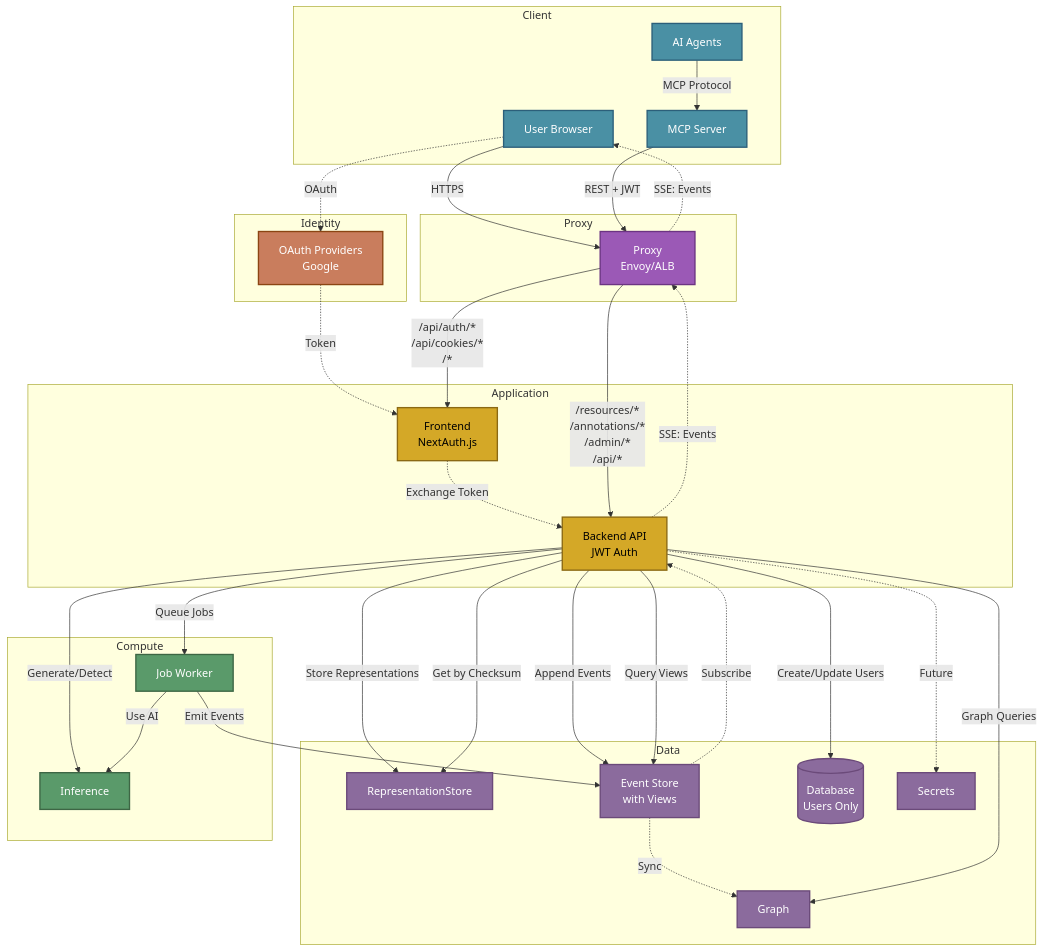
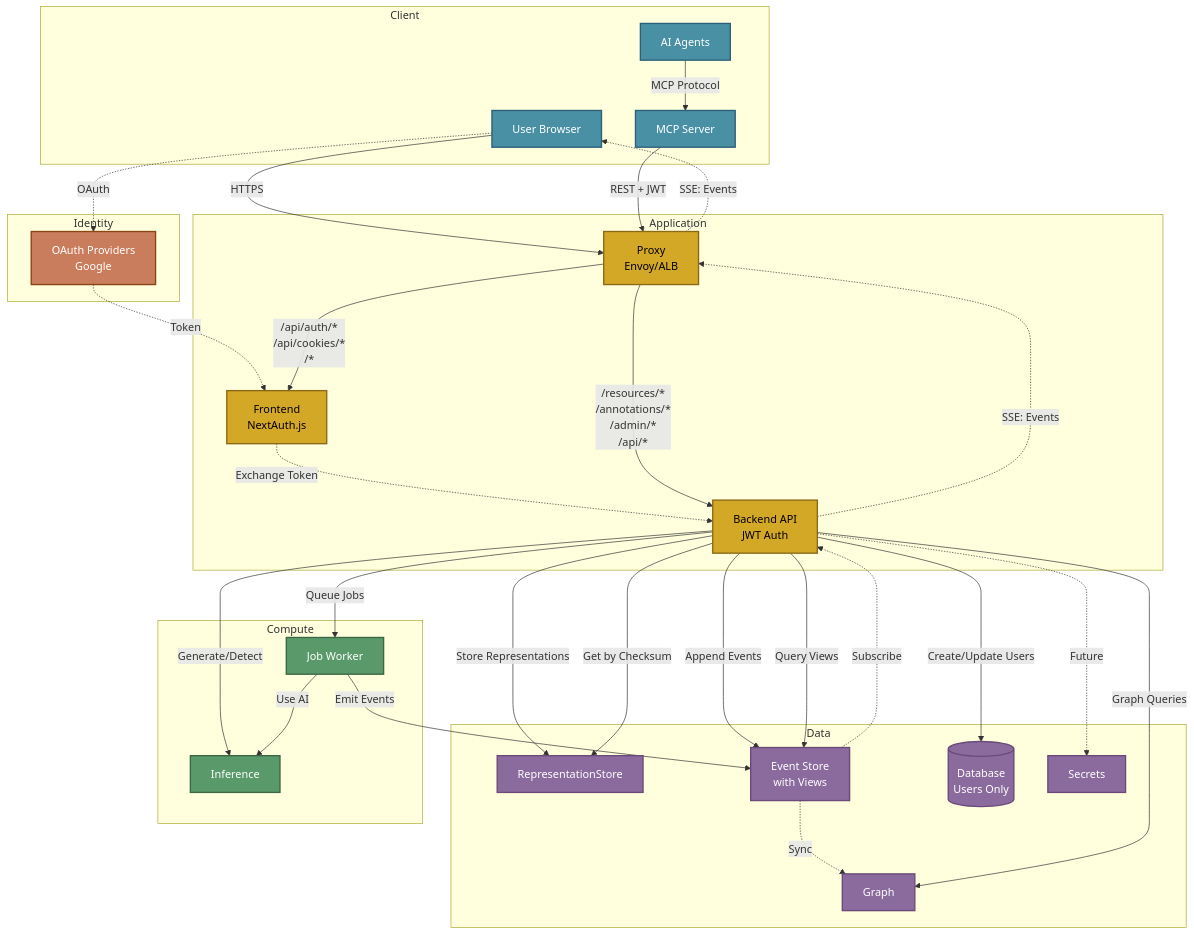
Before and after one commit to The-AI-Alliance/semiont: the diagram in docs/ARCHITECTURE.md, drawn with Mermaid.

Commit message:
Proxy runs in same Application stack as Frontend and Backend

````diff
--- a/docs/ARCHITECTURE.md
+++ b/docs/ARCHITECTURE.md
@@ -30,11 +30,8 @@
         OAUTH[OAuth Providers<br/>Google]
     end
 
-    subgraph "Proxy"
+    subgraph "Application"
         PROXY[Proxy<br/>Envoy/ALB]
-    end
-
-    subgraph "Application"
         FE[Frontend<br/>NextAuth.js]
         BE[Backend API<br/>JWT Auth]
     end
@@ -94,15 +91,13 @@
     %% Styling
     classDef client fill:#4a90a4,stroke:#2c5f7a,stroke-width:2px,color:#fff
     classDef identity fill:#c97d5d,stroke:#8b4513,stroke-width:2px,color:#fff
-    classDef proxy fill:#9b59b6,stroke:#6c3483,stroke-width:2px,color:#fff
     classDef app fill:#d4a827,stroke:#8b6914,stroke-width:2px,color:#000
     classDef data fill:#8b6b9d,stroke:#6b4a7a,stroke-width:2px,color:#fff
     classDef compute fill:#5a9a6a,stroke:#3d6644,stroke-width:2px,color:#fff
 
     class USER,AI,MCP client
     class OAUTH identity
-    class PROXY proxy
-    class FE,BE app
+    class PROXY,FE,BE app
     class REP,EVENTS,GRAPH,DB,SEC data
     class INF,JW compute
 ```
````
